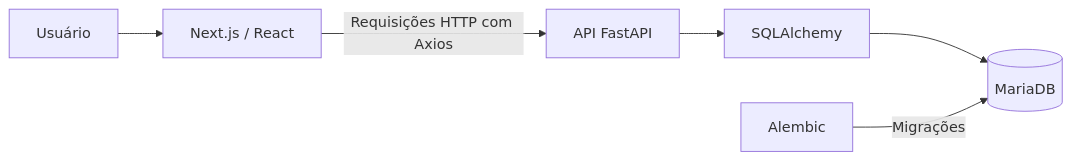
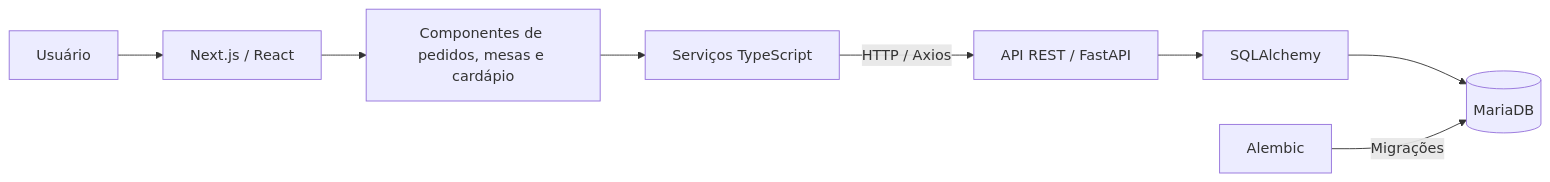
The first of 2 diagrams in README.md (Ailesson/gerencia_restaurante), drawn with Mermaid before and after one commit. The commit also changed other lines of this file and 2 other files, not shown here.

````diff
--- a/README.md
+++ b/README.md
@@ -67,8 +67,10 @@
 ```mermaid
 flowchart LR
     U[Usuário] --> F[Next.js / React]
-    F -->|Requisições HTTP com Axios| A[API FastAPI]
+    F --> C[Componentes de pedidos, mesas e cardápio]
+    C --> S[Serviços TypeScript]
+    S -->|HTTP / Axios| A[API REST / FastAPI]
     A --> O[SQLAlchemy]
     O --> B[(MariaDB)]
     M[Alembic] -->|Migrações| B
 ```
````
